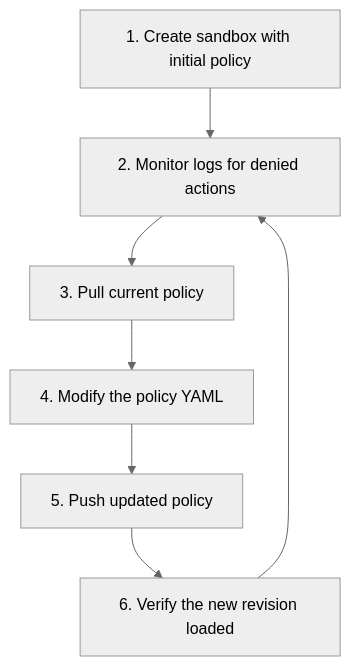
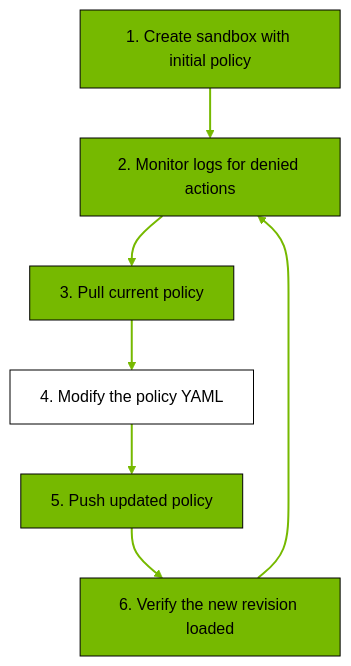
Before and after one commit to NVIDIA/OpenShell: the diagram in docs/safety-and-privacy/policies.md, drawn with Mermaid (neutral theme). The commit also changed 13 other files, not shown here.

````diff
--- a/docs/safety-and-privacy/policies.md
+++ b/docs/safety-and-privacy/policies.md
@@ -108,9 +108,18 @@
 ```{mermaid}
 flowchart TD
     A["1. Create sandbox with initial policy"] --> B["2. Monitor logs for denied actions"]
     B --> C["3. Pull current policy"]
     C --> D["4. Modify the policy YAML"]
     D --> E["5. Push updated policy"]
     E --> F["6. Verify the new revision loaded"]
     F --> B
+
+    style A fill:#76b900,stroke:#000000,color:#000000
+    style B fill:#76b900,stroke:#000000,color:#000000
+    style C fill:#76b900,stroke:#000000,color:#000000
+    style D fill:#ffffff,stroke:#000000,color:#000000
+    style E fill:#76b900,stroke:#000000,color:#000000
+    style F fill:#76b900,stroke:#000000,color:#000000
+
+    linkStyle default stroke:#76b900,stroke-width:2px
 ```
````
